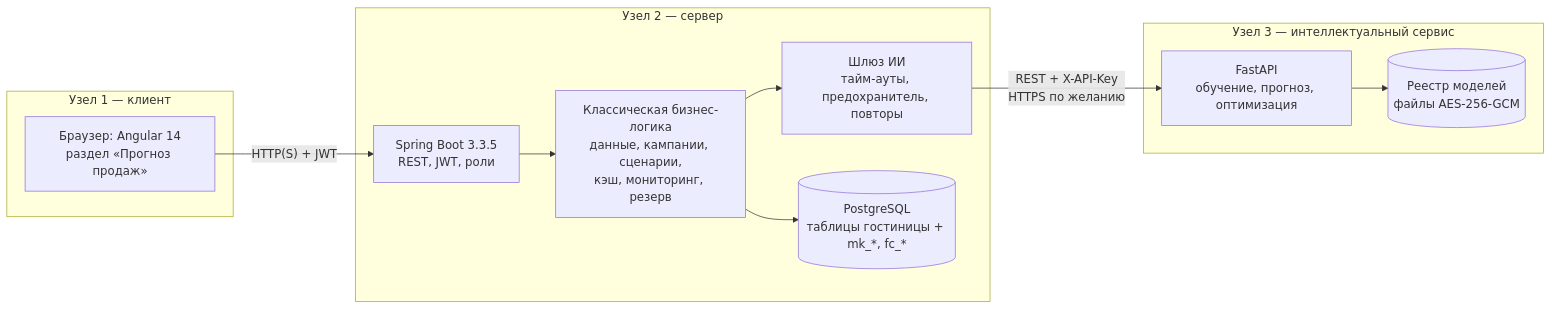
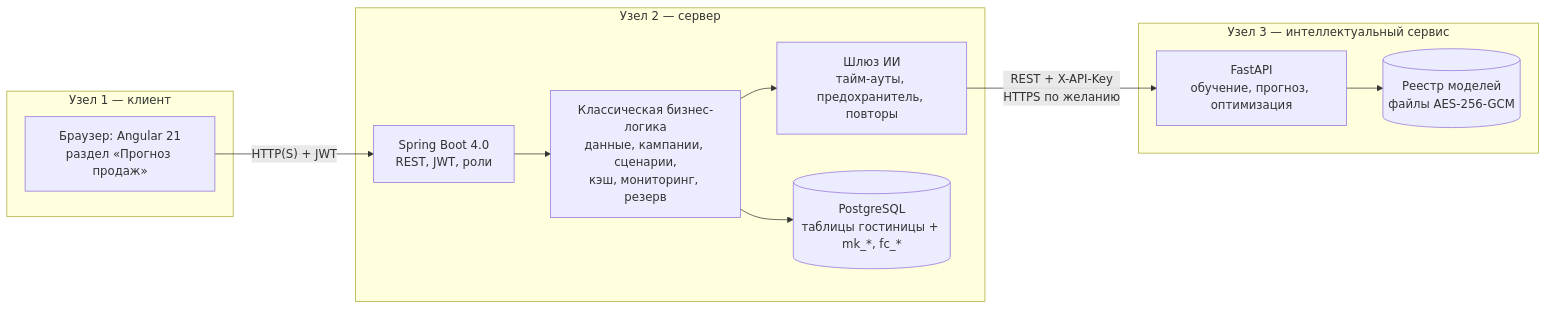
One commit to Pipi6901/kursachtpsis changed the first of 5 diagrams in docs/architecture.md. Above: the diagram before and after it, drawn with Mermaid. The commit also changed other lines of this file and 6 other files, not shown here.

First line of the commit message:
Документация: версии (Spring Boot 4.0.2, Angular 21), требования Node.js 20.19+, обновление исходной системы, число тестов 222

````diff
--- a/docs/architecture.md
+++ b/docs/architecture.md
@@ -17,22 +17,22 @@
 ```mermaid
 flowchart LR
     subgraph N1["Узел 1 — клиент"]
-        UI["Браузер: Angular 14<br/>раздел «Прогноз продаж»"]
+        UI["Браузер: Angular 21<br/>раздел «Прогноз продаж»"]
     end
     subgraph N2["Узел 2 — сервер"]
-        API["Spring Boot 3.3.5<br/>REST, JWT, роли"]
+        API["Spring Boot 4.0<br/>REST, JWT, роли"]
         BL["Классическая бизнес-логика<br/>данные, кампании, сценарии,<br/>кэш, мониторинг, резерв"]
         GW["Шлюз ИИ<br/>тайм-ауты, предохранитель, повторы"]
         DB[("PostgreSQL<br/>таблицы гостиницы + mk_*, fc_*")]
     end
     subgraph N3["Узел 3 — интеллектуальный сервис"]
         ML["FastAPI<br/>обучение, прогноз, оптимизация"]
         REG[("Реестр моделей<br/>файлы AES-256-GCM")]
     end
     UI -- "HTTP(S) + JWT" --> API
     API --> BL
     BL --> DB
     BL --> GW
     GW -- "REST + X-API-Key<br/>HTTPS по желанию" --> ML
     ML --> REG
 ```
````
